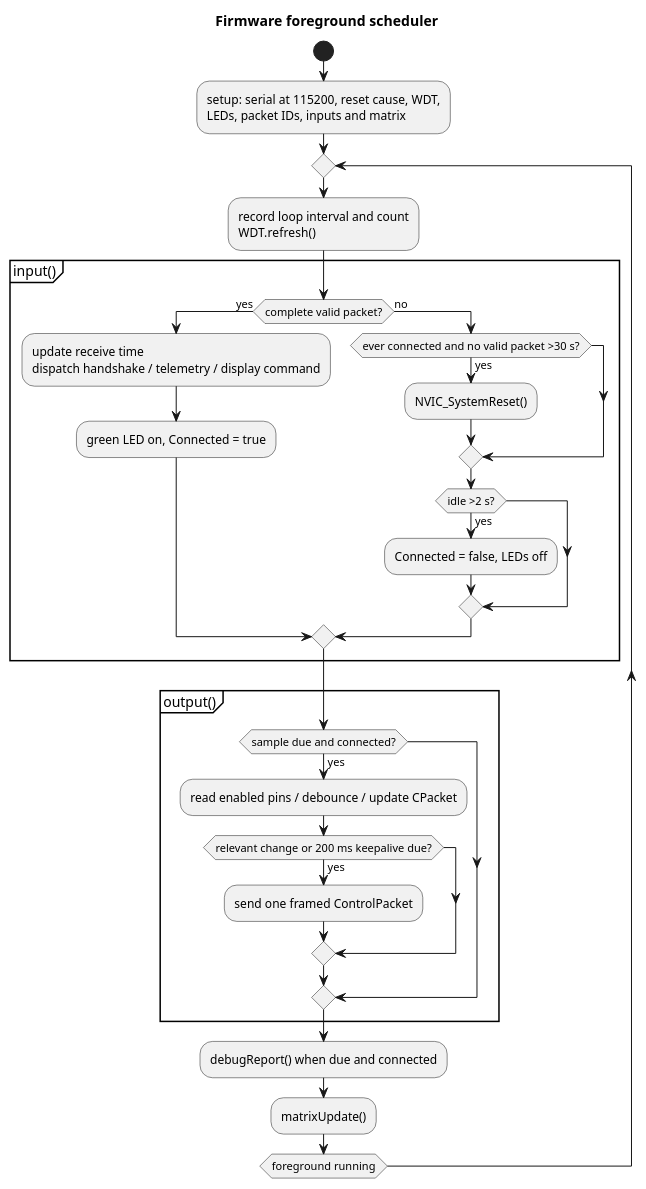
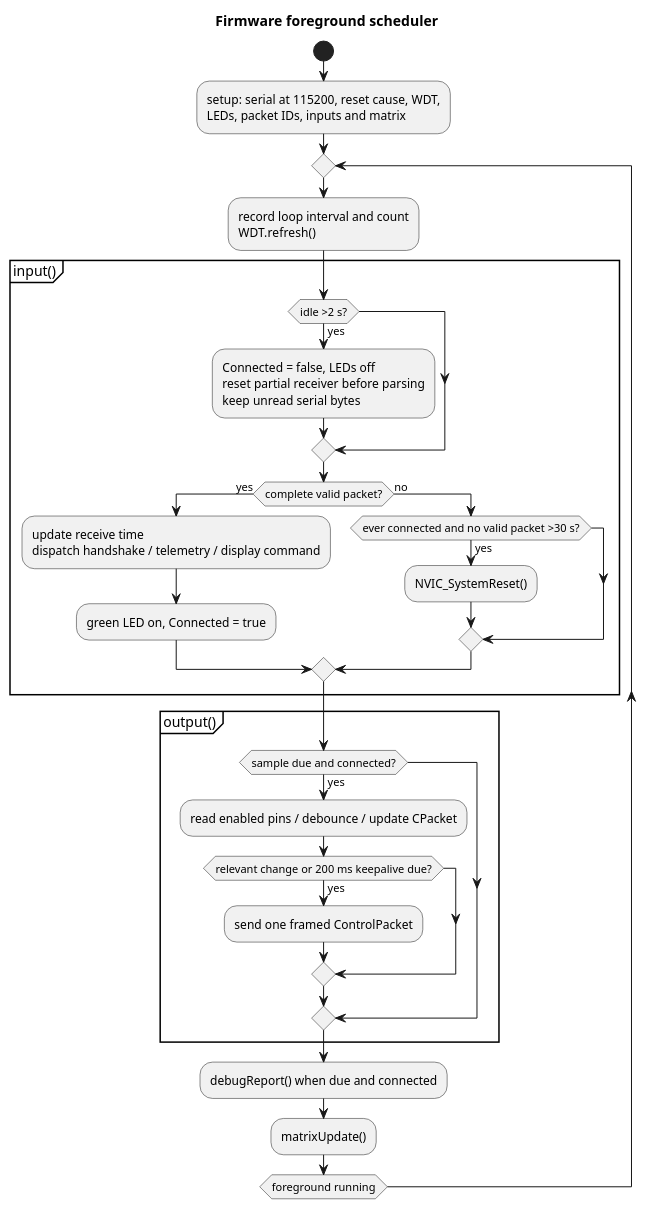
The diagram in docs/diagrams/activity_firmware_loop.puml (AlaNLrdE/KSPKontroller), drawn with PlantUML before and after one commit. The commit also changed 9 other files, not shown here.

```diff
--- a/docs/diagrams/activity_firmware_loop.puml
+++ b/docs/diagrams/activity_firmware_loop.puml
@@ -1,31 +1,31 @@
 @startuml activity_firmware_loop
 title Firmware foreground scheduler
 start
 :setup: serial at 115200, reset cause, WDT,\nLEDs, packet IDs, inputs and matrix;
 repeat
   :record loop interval and count\nWDT.refresh();
   partition "input()" {
+    if (idle >2 s?) then (yes)
+      :Connected = false, LEDs off\nreset partial receiver before parsing\nkeep unread serial bytes;
+    endif
     if (complete valid packet?) then (yes)
       :update receive time\ndispatch handshake / telemetry / display command;
       :green LED on, Connected = true;
     else (no)
       if (ever connected and no valid packet >30 s?) then (yes)
         :NVIC_SystemReset();
-      endif
-      if (idle >2 s?) then (yes)
-        :Connected = false, LEDs off;
       endif
     endif
   }
   partition "output()" {
     if (sample due and connected?) then (yes)
       :read enabled pins / debounce / update CPacket;
       if (relevant change or 200 ms keepalive due?) then (yes)
         :send one framed ControlPacket;
       endif
     endif
   }
   :debugReport() when due and connected;
   :matrixUpdate();
 repeat while (foreground running)
 @enduml
```
